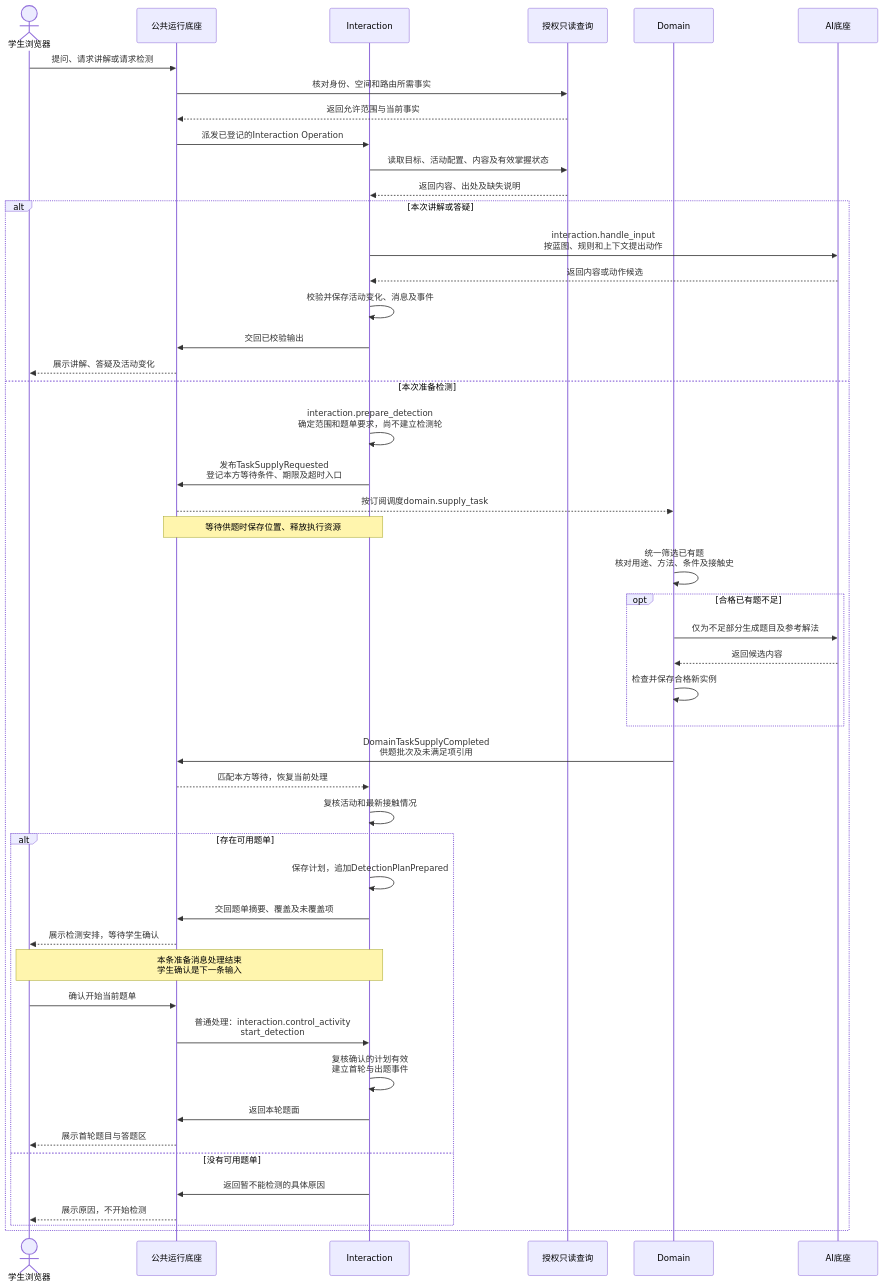
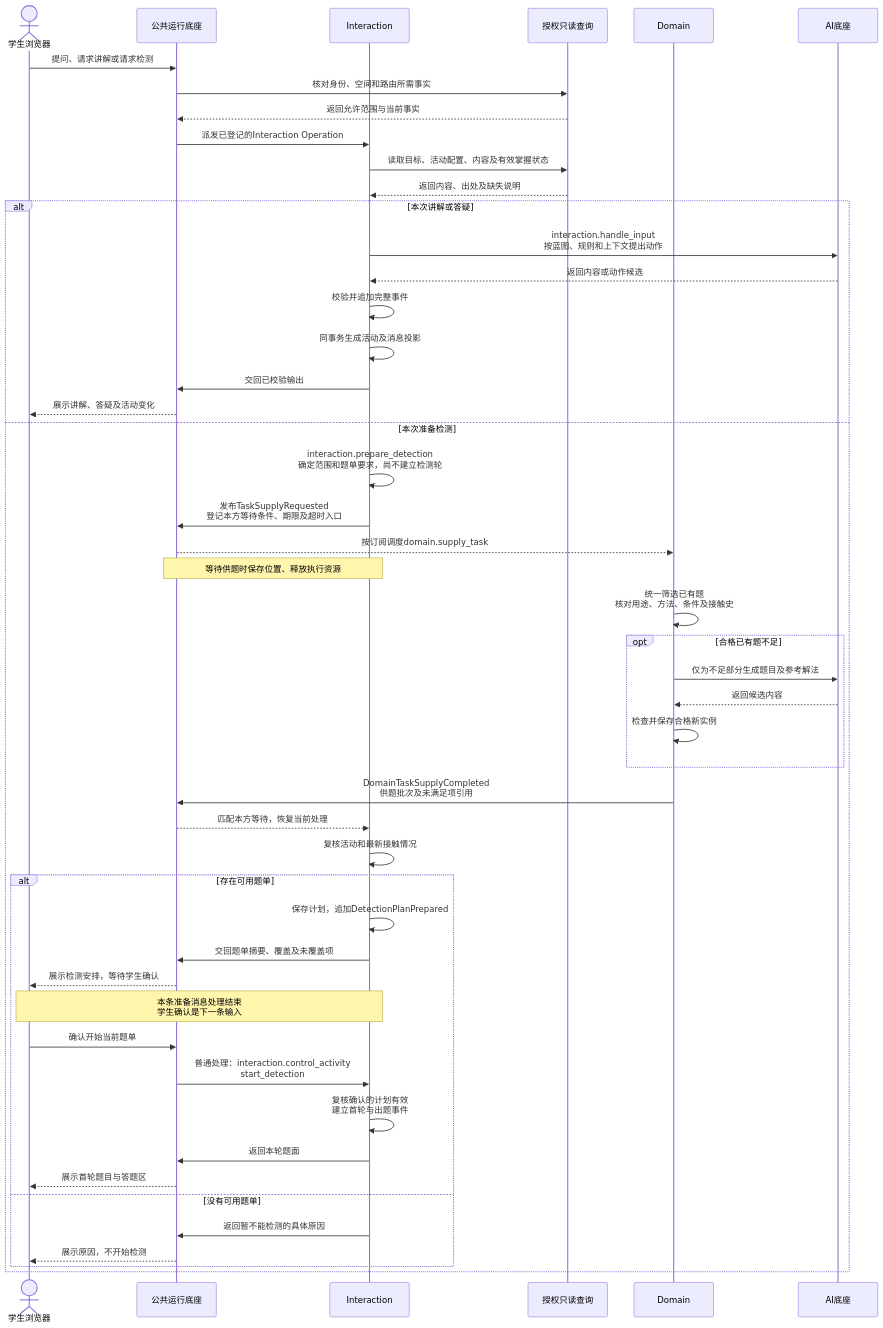
The seventh of 11 diagrams in doc/mvp/m1/engineering/System_Design.md (ivgotcrazy/deermind), drawn with Mermaid before and after one commit. The commit also changed other lines of this file and 33 other files, not shown here.

````diff
--- a/doc/mvp/m1/engineering/System_Design.md
+++ b/doc/mvp/m1/engineering/System_Design.md
@@ -367,50 +382,51 @@
 ```mermaid
 sequenceDiagram
   actor S as 学生浏览器
   participant R as 公共运行底座
   participant I as Interaction
   participant Q as 授权只读查询
   participant D as Domain
   participant AI as AI底座
   S->>R: 提问、请求讲解或请求检测
   R->>Q: 核对身份、空间和路由所需事实
   Q-->>R: 返回允许范围与当前事实
   R->>I: 派发已登记的Interaction Operation
   I->>Q: 读取目标、活动配置、内容及有效掌握状态
   Q-->>I: 返回内容、出处及缺失说明
   alt 本次讲解或答疑
     I->>AI: interaction.handle_input<br/>按蓝图、规则和上下文提出动作
     AI-->>I: 返回内容或动作候选
-    I->>I: 校验并保存活动变化、消息及事件
+    I->>I: 校验并追加完整事件
+    I->>I: 同事务生成活动及消息投影
     I->>R: 交回已校验输出
     R-->>S: 展示讲解、答疑及活动变化
   else 本次准备检测
     I->>I: interaction.prepare_detection<br/>确定范围和题单要求，尚不建立检测轮
     I->>R: 发布TaskSupplyRequested<br/>登记本方等待条件、期限及超时入口
     R-->>D: 按订阅调度domain.supply_task
     Note over I,R: 等待供题时保存位置、释放执行资源
     D->>D: 统一筛选已有题<br/>核对用途、方法、条件及接触史
     opt 合格已有题不足
       D->>AI: 仅为不足部分生成题目及参考解法
       AI-->>D: 返回候选内容
       D->>D: 检查并保存合格新实例
     end
     D->>R: DomainTaskSupplyCompleted<br/>供题批次及未满足项引用
     R-->>I: 匹配本方等待，恢复当前处理
     I->>I: 复核活动和最新接触情况
     alt 存在可用题单
       I->>I: 保存计划，追加DetectionPlanPrepared
       I->>R: 交回题单摘要、覆盖及未覆盖项
       R-->>S: 展示检测安排，等待学生确认
       Note over S,I: 本条准备消息处理结束<br/>学生确认是下一条输入
       S->>R: 确认开始当前题单
       R->>I: 普通处理：interaction.control_activity<br/>start_detection
       I->>I: 复核确认的计划有效<br/>建立首轮与出题事件
       I->>R: 返回本轮题面
       R-->>S: 展示首轮题目与答题区
     else 没有可用题单
       I->>R: 返回暂不能检测的具体原因
       R-->>S: 展示原因，不开始检测
     end
   end
 ```
````
